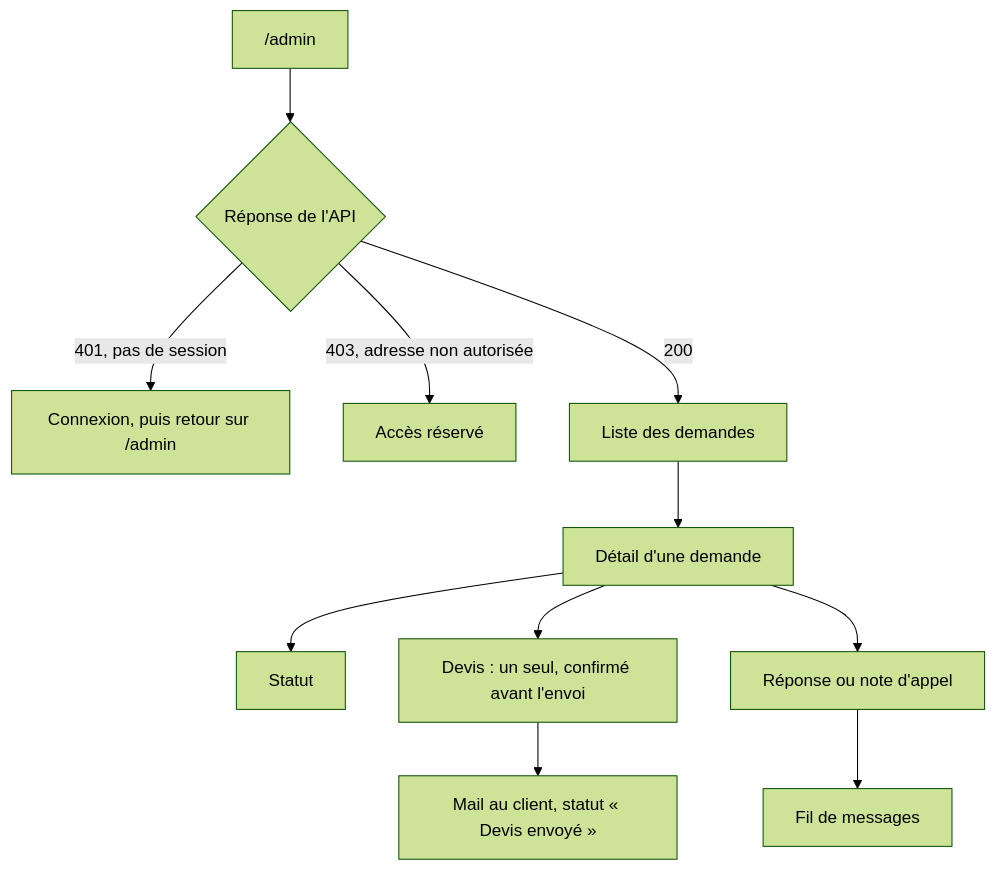
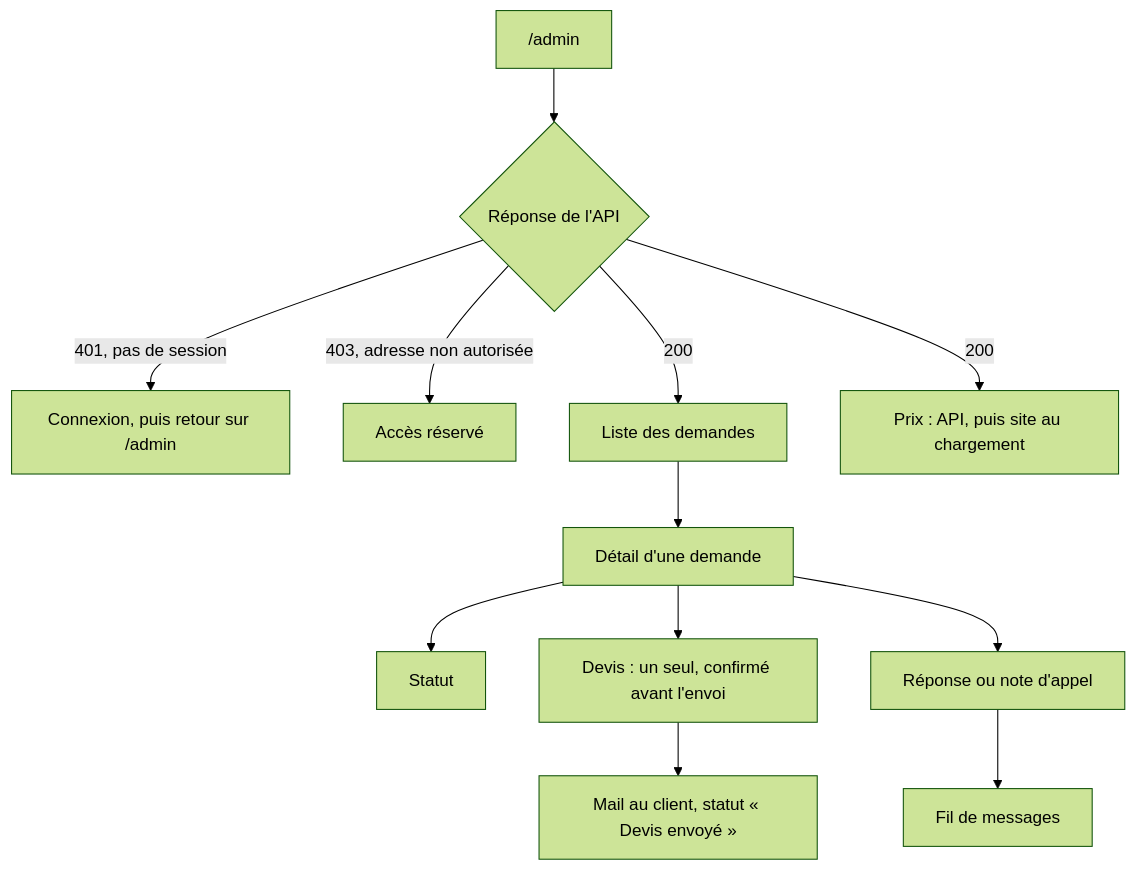
The diagram in docs/fonctionnalites/back-office.md (bsandoz79/bsandoz-site), drawn with Mermaid (forest theme) before and after one commit. The commit also changed other lines of this file and 12 other files, not shown here.

````diff
--- a/docs/fonctionnalites/back-office.md
+++ b/docs/fonctionnalites/back-office.md
@@ -7,13 +7,14 @@
 ```mermaid
 flowchart TD
   A["/admin"] --> B{"Réponse de l'API"}
   B -- "401, pas de session" --> C["Connexion, puis retour sur /admin"]
   B -- "403, adresse non autorisée" --> D["Accès réservé"]
   B -- "200" --> E["Liste des demandes"]
+  B -- "200" --> P["Prix : API, puis site au chargement"]
   E --> F["Détail d'une demande"]
   F --> G["Statut"]
   F --> H["Devis : un seul, confirmé avant l'envoi"]
   F --> I["Réponse ou note d'appel"]
   H --> J["Mail au client, statut « Devis envoyé »"]
   I --> K["Fil de messages"]
 ```
````
